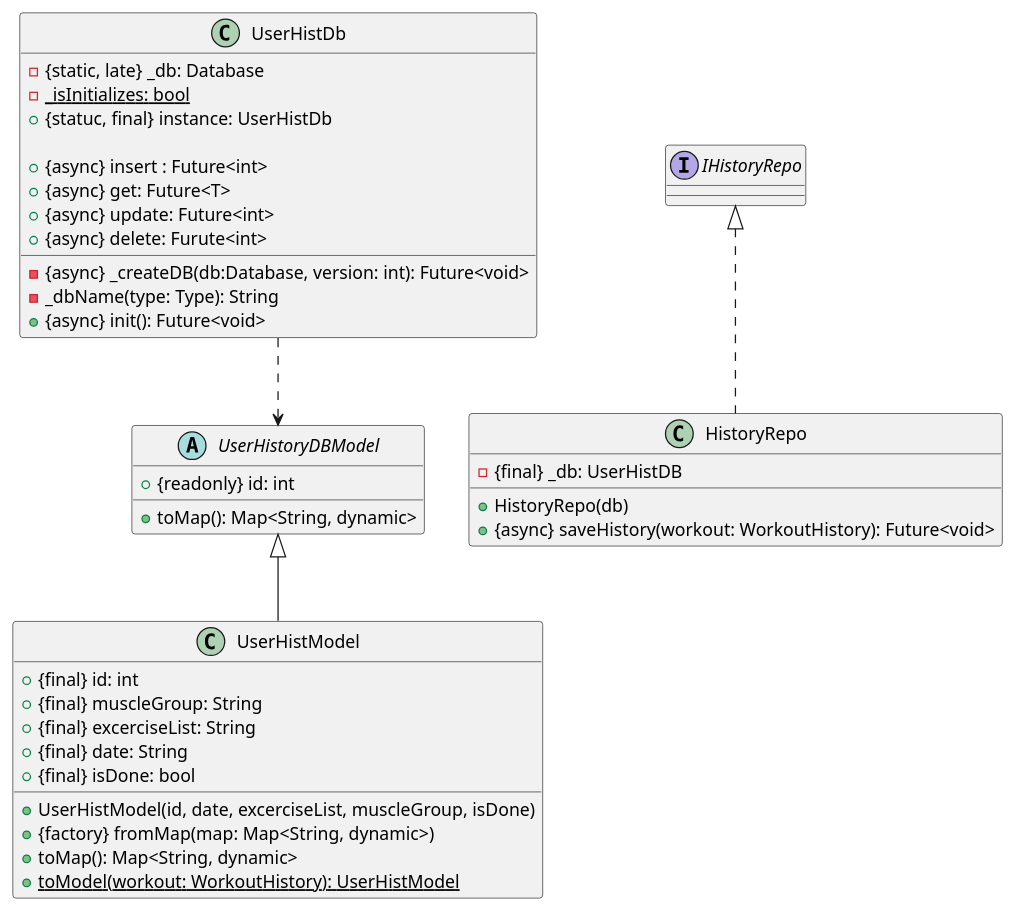
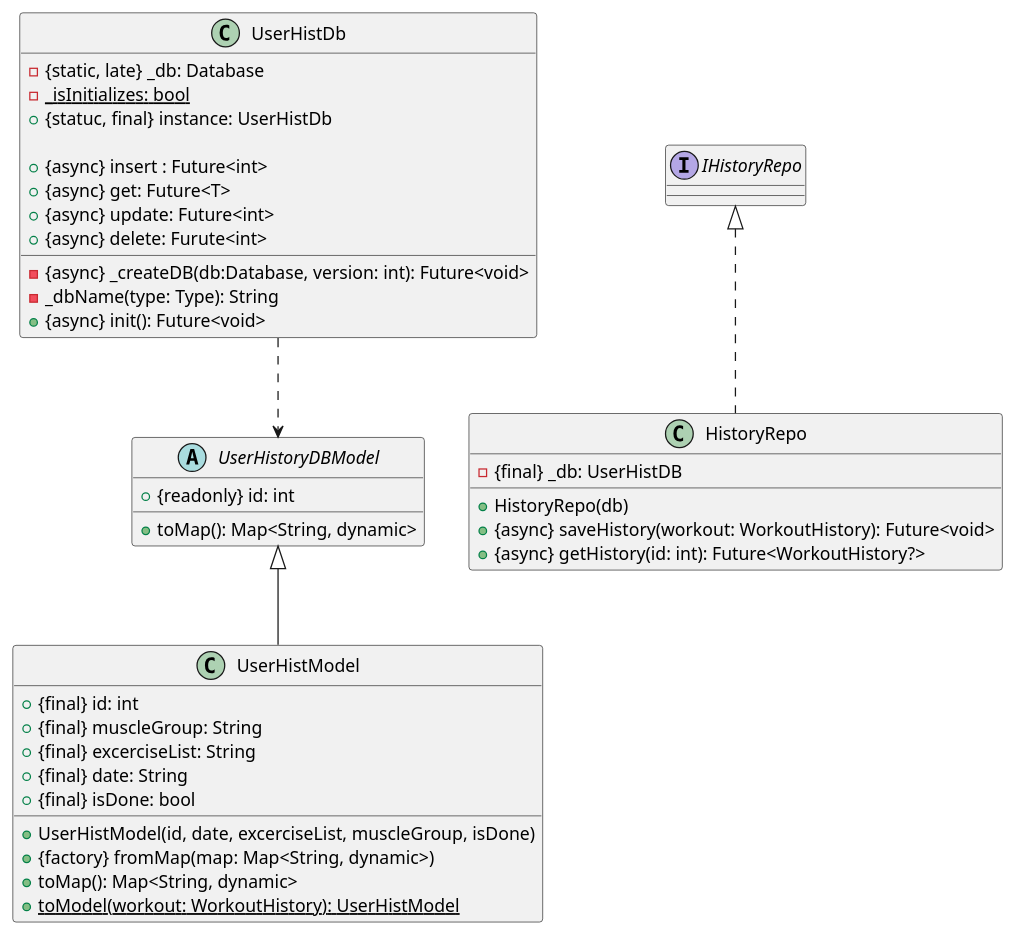
Before and after one commit to KATTSS/Workout_planner: the diagram in user_db.puml, drawn with PlantUML. The commit also changed 5 other files, not shown here.

```diff
--- a/user_db.puml
+++ b/user_db.puml
@@ -1,45 +1,46 @@
 @startuml User_DB
 
 class UserHistDb {
     - {static, late} _db: Database
     - {static} _isInitializes: bool
     + {statuc, final} instance: UserHistDb
 
     - {async} _createDB(db:Database, version: int): Future<void>
     - _dbName(type: Type): String
     + {async} init(): Future<void>
     + {async} insert : Future<int>
     + {async} get: Future<T>
     + {async} update: Future<int>
     + {async} delete: Furute<int>
 }
 
 abstract class UserHistoryDBModel {
     + {readonly} id: int
 
     + toMap(): Map<String, dynamic>
 }
 
 class UserHistModel extends UserHistoryDBModel {
     + {final} id: int
     + {final} muscleGroup: String
     + {final} excerciseList: String
     + {final} date: String
     + {final} isDone: bool
 
     + UserHistModel(id, date, excerciseList, muscleGroup, isDone)
     + {factory} fromMap(map: Map<String, dynamic>)
     + toMap(): Map<String, dynamic>
     + {static} toModel(workout: WorkoutHistory): UserHistModel
 }
 
 UserHistDb ..> UserHistoryDBModel
 
 class HistoryRepo implements IHistoryRepo {
     - {final} _db: UserHistDB
 
     + HistoryRepo(db)
     + {async} saveHistory(workout: WorkoutHistory): Future<void>
+    + {async} getHistory(id: int): Future<WorkoutHistory?>
 }
 
 @enduml
```
